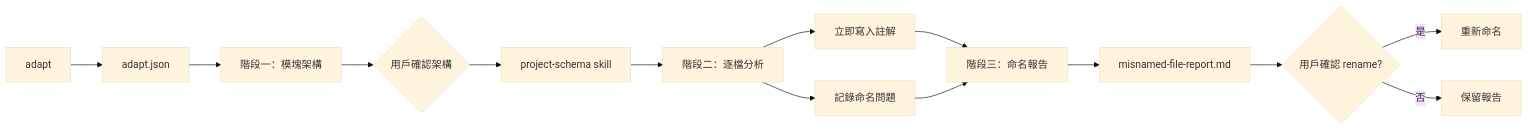
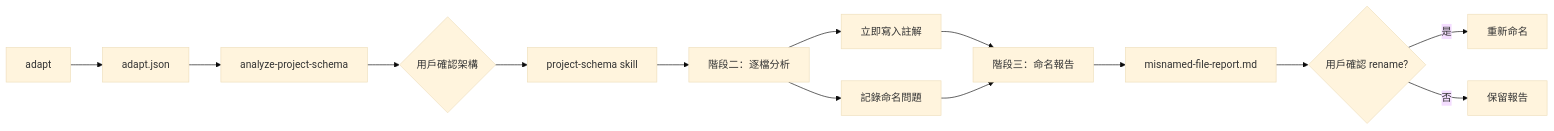
One commit to g5studio/pantheon changed the third of 3 diagrams in .cursor/commands/utilities/evolve.md. Above: the diagram before and after it, drawn with Mermaid (base theme). The commit also changed other lines of this file and 6 other files, not shown here.

Commit message:
update(FE-8387): add analyze-project-schema and fix evolve phase-1 preview flow

````diff
--- a/.cursor/commands/utilities/evolve.md
+++ b/.cursor/commands/utilities/evolve.md
@@ -382,16 +447,16 @@
 ```mermaid
 flowchart LR
   A[adapt] --> B[adapt.json]
-  B --> C["階段一：模塊架構"]
+  B --> C["analyze-project-schema"]
   C --> D{用戶確認架構}
   D --> E[project-schema skill]
   E --> F["階段二：逐檔分析"]
   F --> G[立即寫入註解]
   F --> H[記錄命名問題]
   G --> I["階段三：命名報告"]
   H --> I
   I --> J[misnamed-file-report.md]
   J --> K{用戶確認 rename?}
   K -->|是| L[重新命名]
   K -->|否| M[保留報告]
 ```
````
